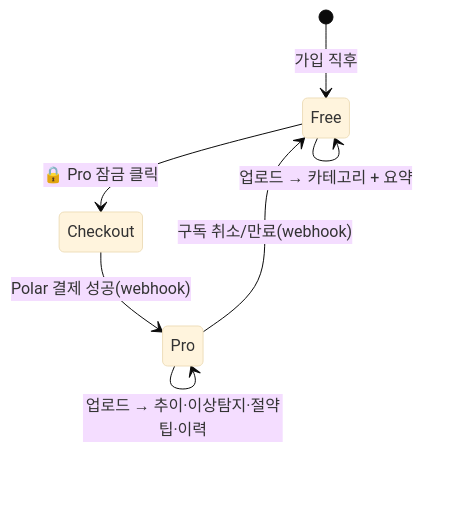
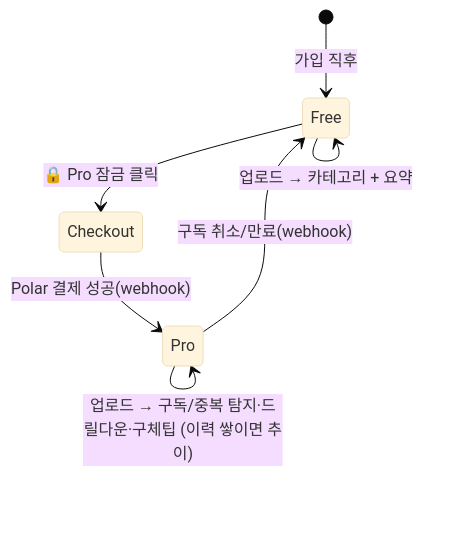
One commit to hhamja/finsight changed the third of 3 diagrams in docs/USER_FLOW.md. Above: the diagram before and after it, drawn with Mermaid (base theme). The commit also changed other lines of this file and 13 other files, not shown here.

````diff
--- a/docs/USER_FLOW.md
+++ b/docs/USER_FLOW.md
@@ -61,9 +63,9 @@
 ```mermaid
 stateDiagram-v2
     [*] --> Free: 가입 직후
     Free --> Free: 업로드 → 카테고리 + 요약
     Free --> Checkout: 🔒 Pro 잠금 클릭
     Checkout --> Pro: Polar 결제 성공(webhook)
-    Pro --> Pro: 업로드 → 추이·이상탐지·절약팁·이력
+    Pro --> Pro: 업로드 → 구독/중복 탐지·드릴다운·구체팁 (이력 쌓이면 추이)
     Pro --> Free: 구독 취소/만료(webhook)
 ```
````
